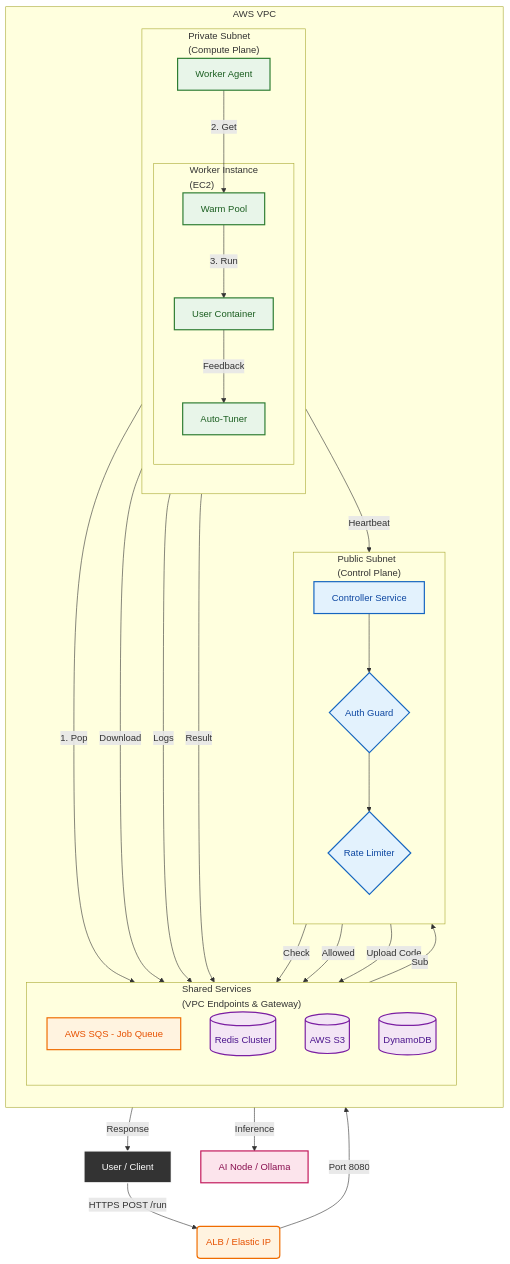
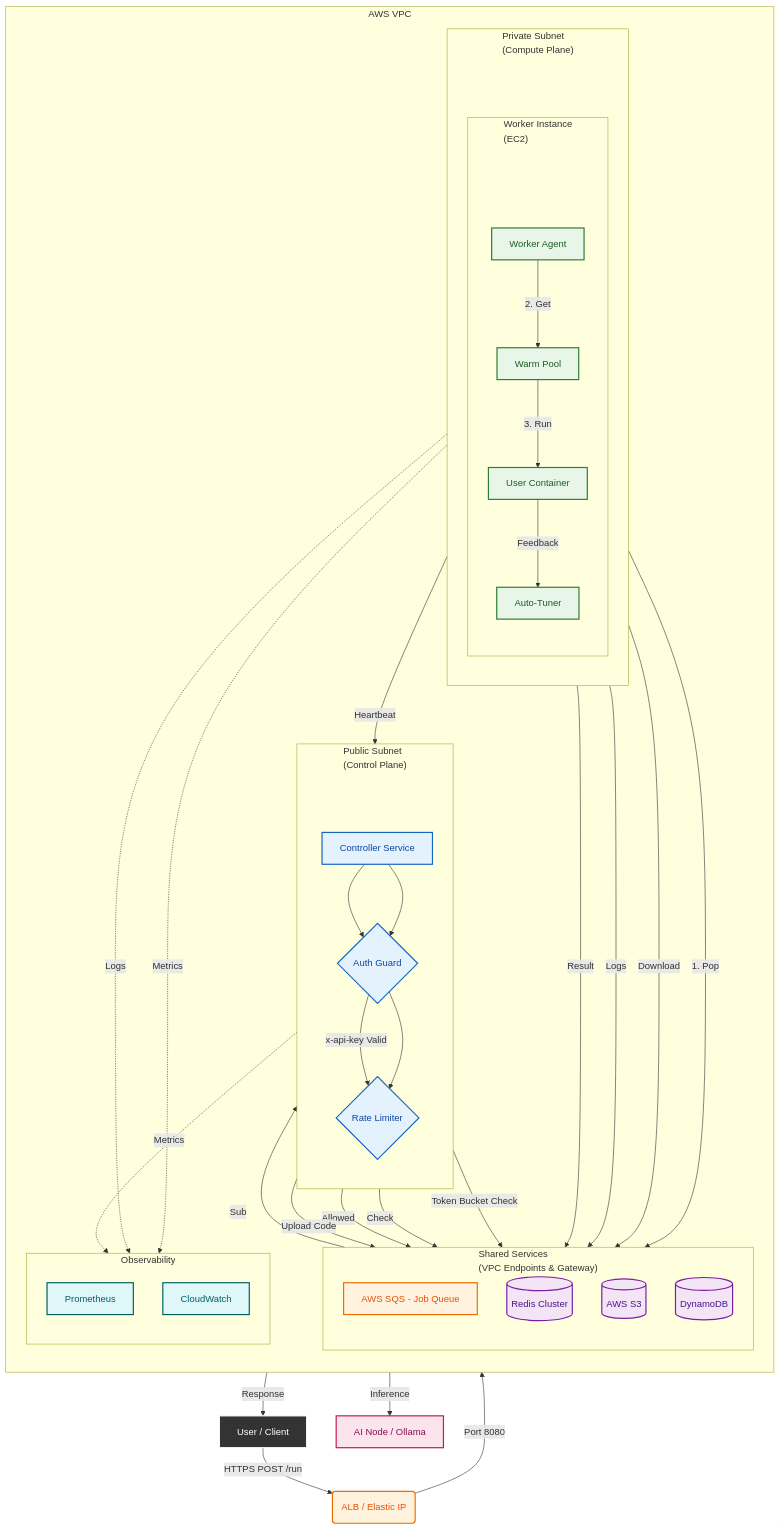
Before and after one commit to sangmu1126/FaaS-Platform: the diagram in README.md, drawn with Mermaid.

Commit message:
update README: add prometheus & monitoring diagram

```diff
--- a/README.md
+++ b/README.md
@@ -11,6 +11,7 @@
     classDef aws fill:#fff3e0,stroke:#ef6c00,stroke-width:2px,color:#e65100
     classDef storage fill:#f3e5f5,stroke:#7b1fa2,stroke-width:2px,color:#4a148c
     classDef ai fill:#fce4ec,stroke:#c2185b,stroke-width:2px,color:#880e4f
+    classDef monitor fill:#e0f7fa,stroke:#006064,stroke-width:2px,color:#006064
     classDef empty width:0px,height:0px,stroke:none,fill:none,color:none
 
     %% 🌐 External World
@@ -21,7 +22,7 @@
     subgraph "AWS VPC"
         direction TB
         
-        %% 1. Shared Managed Services (Middle Layer)
+        %% 1. Shared Managed Services
         subgraph "Shared Services<br>(VPC Endpoints & Gateway)"
             direction TB
             SQS[AWS SQS - Job Queue]:::aws
@@ -29,25 +30,54 @@
             S3[(AWS S3)]:::storage
             DDB[(DynamoDB)]:::storage
         end
+        
+        %% 2. Monitoring Stack
+        subgraph "Observability"
+            direction TB
+            Prom[Prometheus]:::monitor
+            CW[CloudWatch]:::monitor
+        end
 
-        %% 2. Control Plane (Right)
+        %% 3. Control Plane
         subgraph "Public Subnet<br>(Control Plane)"
             direction TB
+            %% Spacer to force Title visibility
+            Space1[ ]:::empty
+            
             Controller[Controller Service]:::control
+            
+            %% Internal Logic
+            RateLimit{Rate Limiter}:::control
             Auth{Auth Guard}:::control
-            RateLimit{Rate Limiter}:::control
+            
+            Space1 ~~~ Controller
+            Controller --> Auth
+            Auth -->|x-api-key Valid| RateLimit
+            RateLimit -->|Token Bucket Check| Redis_Global
         end
 
-        %% 3. Compute Plane (Left)
+        %% 4. Compute Plane
         subgraph "Private Subnet<br>(Compute Plane)"
             direction TB
+            %% Spacer for Private Subnet Title
+            Space2[ ]:::empty
+            
             Agent[Worker Agent]:::worker
             
+            %% Worker Internals
             subgraph "Worker Instance<br>(EC2)"
+                direction TB
+                %% Spacer for Instance Title
+                Space3[ ]:::empty
+                
                 WarmPool[Warm Pool]:::worker
                 Container[User Container]:::worker
                 AutoTuner[Auto-Tuner]:::worker
+                
+                Space3 ~~~ Agent
             end
+            
+            Space2 ~~~ Agent
         end
     end
     
@@ -70,6 +100,11 @@
     Container -->|Inference| AINode
     Container -->|Feedback| AutoTuner
     
+    %% Monitoring Flow (New)
+    Agent -.->|Metrics| Prom
+    Agent -.->|Logs| CW
+    Controller -.->|Metrics| Prom
+    
     %% Reporting
     Agent -->|Logs| DDB
     Agent -->|Heartbeat| Controller
```
